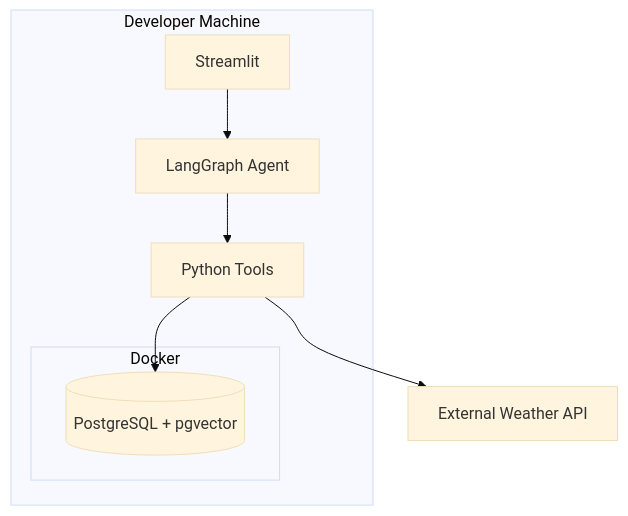
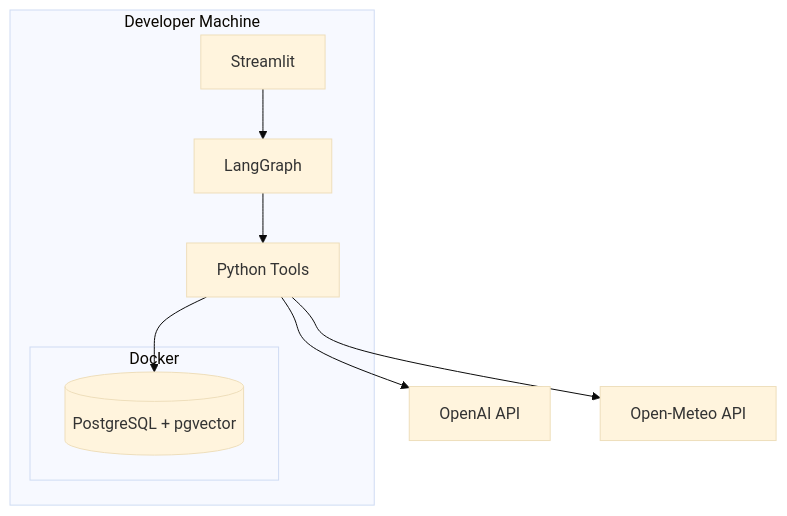
The sixth of 6 diagrams in docs/architecture.md (goravjhabakh/cold-chain-logistics), drawn with Mermaid (base theme) before and after one commit. The commit also changed other lines of this file and 2 other files, not shown here.

````diff
--- a/docs/architecture.md
+++ b/docs/architecture.md
@@ -339,18 +230,19 @@
 ```mermaid
 flowchart TB
     subgraph LOCAL[Developer Machine]
         UI[Streamlit]
-        AGENT[LangGraph Agent]
+        AGENT[LangGraph]
         TOOLS[Python Tools]
 
         subgraph DOCKER[Docker]
             PG[(PostgreSQL + pgvector)]
         end
 
         UI --> AGENT
         AGENT --> TOOLS
         TOOLS --> PG
     end
 
-    TOOLS --> WEATHER[External Weather API]
+    TOOLS --> OPENAI[OpenAI API]
+    TOOLS --> WEATHER[Open-Meteo API]
 ```
````
